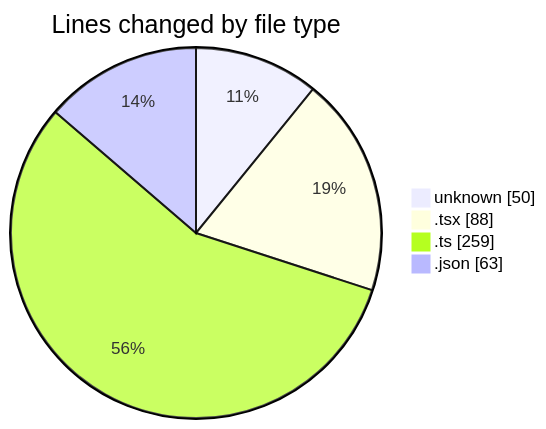
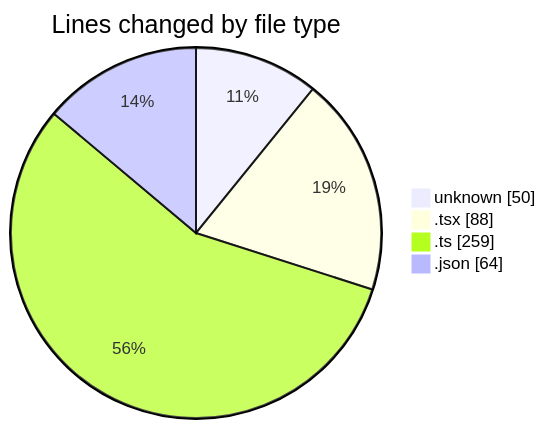
The first of 2 diagrams in 2026-08-28/cda/README.md (momahboobian/code-tracking), drawn with Mermaid before and after one commit. The commit also changed other lines of this file and 1 other file, not shown here.

````diff
--- a/2026-08-28/cda/README.md
+++ b/2026-08-28/cda/README.md
@@ -23,8 +23,8 @@
 ```mermaid
 pie showData
 title Lines changed by file type
 "unknown" : 50
 ".tsx" : 88
 ".ts" : 259
-".json" : 63
+".json" : 64
 ```
````
